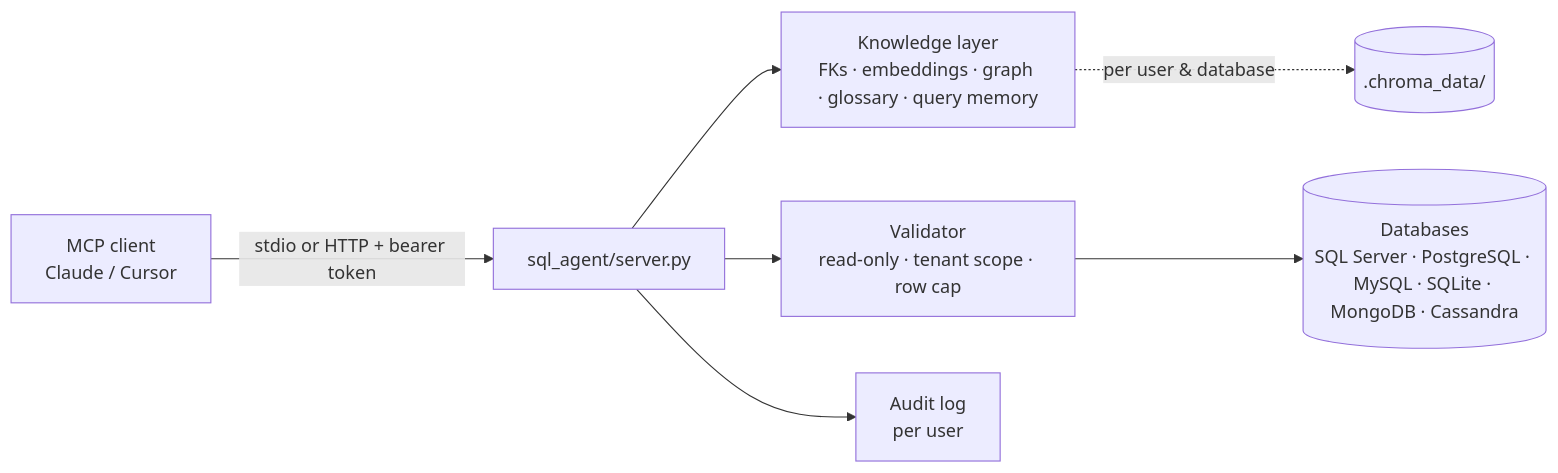
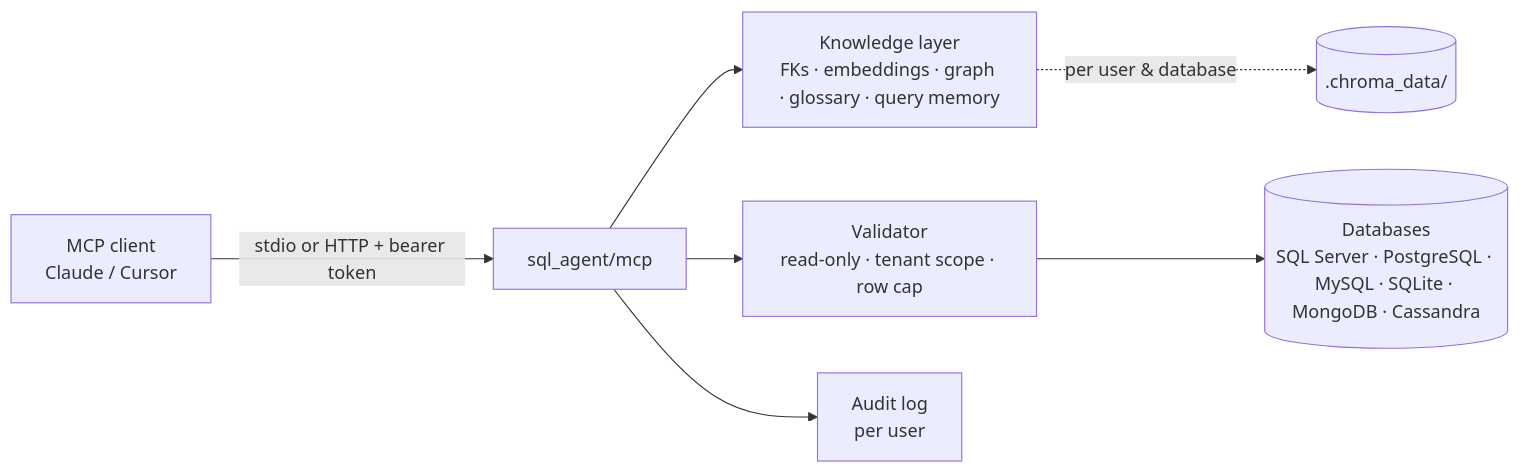
Before and after one commit to Machi2130/QueryAtlas: the first of 3 diagrams in docs/ARCHITECTURE.md, drawn with Mermaid. The commit also changed other lines of this file and 77 other files, not shown here.

````diff
--- a/docs/ARCHITECTURE.md
+++ b/docs/ARCHITECTURE.md
@@ -7,9 +7,9 @@
 ```mermaid
 flowchart LR
-    C[MCP client<br/>Claude / Cursor] -- stdio or HTTP + bearer token --> S[sql_agent/server.py]
+    C[MCP client<br/>Claude / Cursor] -- stdio or HTTP + bearer token --> S[sql_agent/mcp]
     S --> K[Knowledge layer<br/>FKs · embeddings · graph · glossary · query memory]
     S --> V[Validator<br/>read-only · tenant scope · row cap]
     S --> A[Audit log<br/>per user]
     V --> D[(Databases<br/>SQL Server · PostgreSQL · MySQL · SQLite · MongoDB · Cassandra)]
     K -.per user & database.-> F[(.chroma_data/)]
 ```
````
